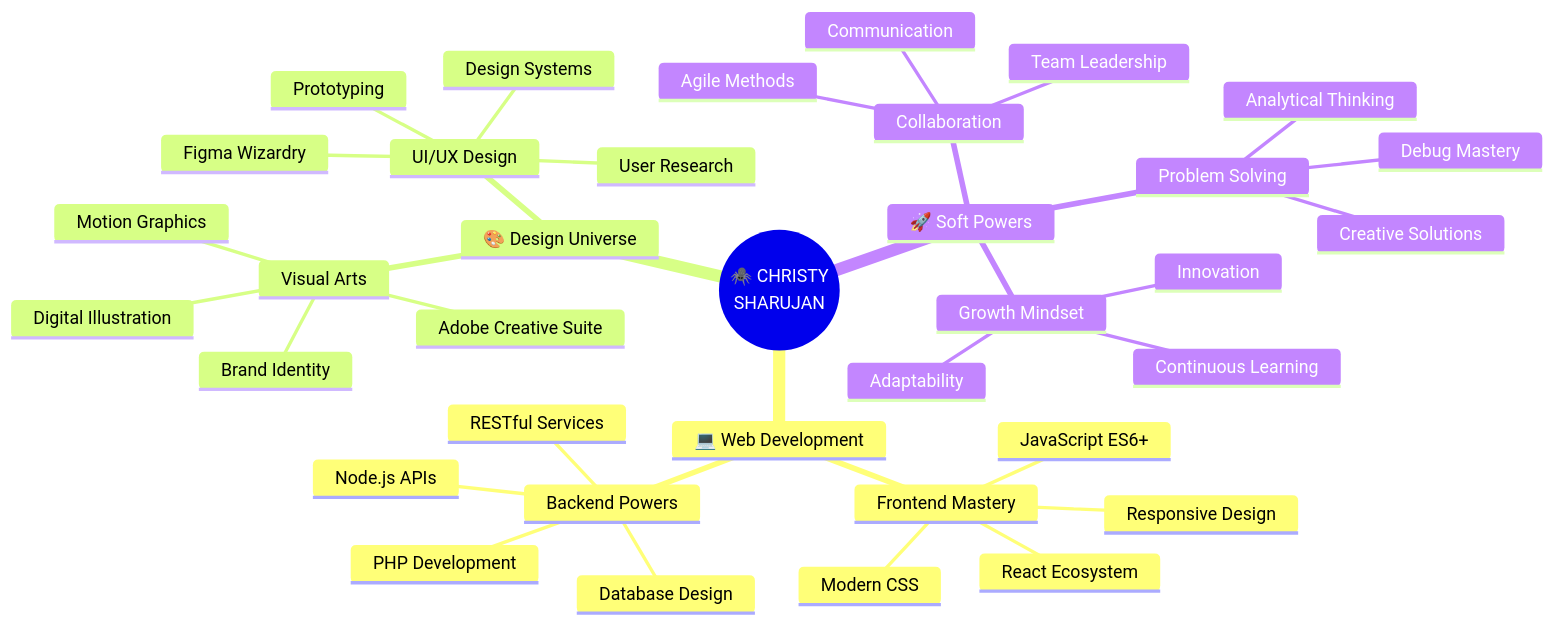
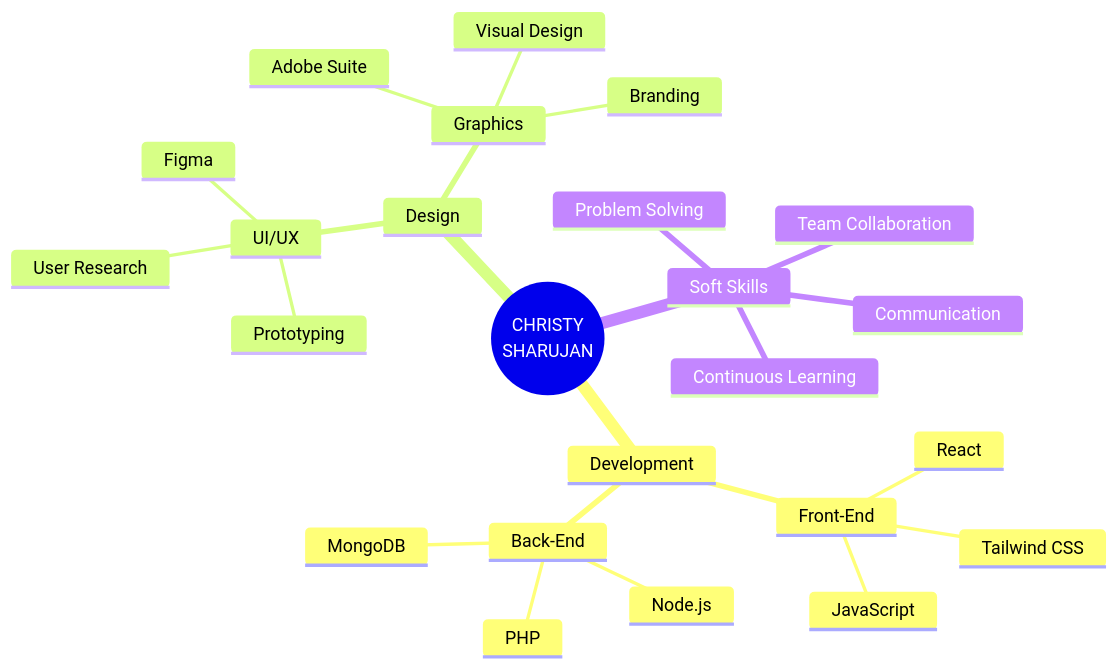
The diagram in README.md (chriscs0625/ChristySharujan), drawn with Mermaid before and after one commit. The commit also changed other lines of this file, not shown here.

````diff
--- a/README.md
+++ b/README.md
@@ -415,39 +279,27 @@
 ```mermaid
 mindmap
-  root((🕷️ CHRISTY<br/>SHARUJAN))
-    💻 Web Development
-      Frontend Mastery
-        React Ecosystem
-        Modern CSS
-        JavaScript ES6+
-        Responsive Design
-      Backend Powers
-        Node.js APIs
-        Database Design
-        PHP Development
-        RESTful Services
-    🎨 Design Universe
-      UI/UX Design
-        Figma Wizardry
+  root((CHRISTY<br/>SHARUJAN))
+    Development
+      Front-End
+        React
+        Tailwind CSS
+        JavaScript
+      Back-End
+        Node.js
+        PHP
+        MongoDB
+    Design
+      UI/UX
+        Figma
+        Prototyping
         User Research
-        Prototyping
-        Design Systems
-      Visual Arts
-        Adobe Creative Suite
-        Brand Identity
-        Digital Illustration
-        Motion Graphics
-    🚀 Soft Powers
+      Graphics
+        Adobe Suite
+        Branding
+        Visual Design
+    Soft Skills
       Problem Solving
-        Analytical Thinking
-        Creative Solutions
-        Debug Mastery
-      Collaboration
-        Team Leadership
-        Communication
-        Agile Methods
-      Growth Mindset
-        Continuous Learning
-        Adaptability
-        Innovation
+      Team Collaboration
+      Continuous Learning
+      Communication
 ```
````
